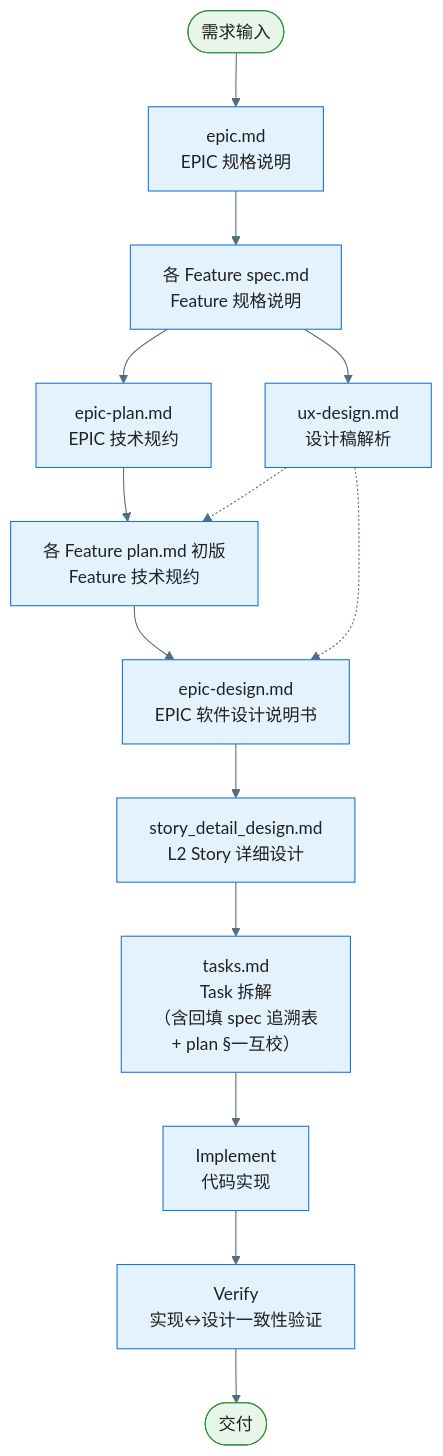
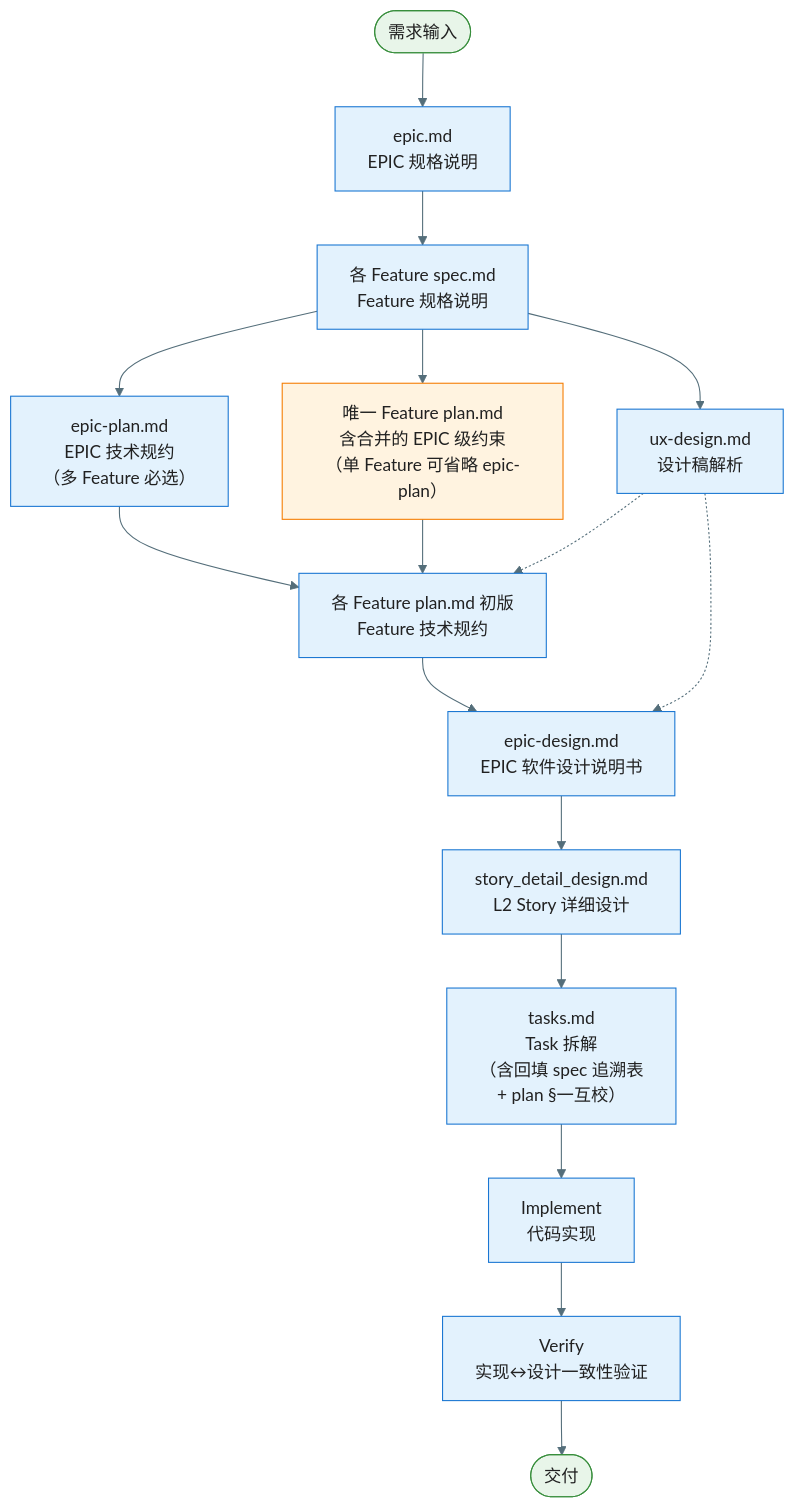
One commit to jackykarma/Verity changed the first of 5 diagrams in .specify/workflow-overview.md. Above: the diagram before and after it, drawn with Mermaid. The commit also changed other lines of this file and 17 other files, not shown here.

````diff
--- a/.specify/workflow-overview.md
+++ b/.specify/workflow-overview.md
@@ -9,28 +9,31 @@
 ```mermaid
 %%{init: {'theme': 'base', 'themeVariables': { 'primaryColor': '#E3F2FD', 'primaryTextColor': '#212121', 'primaryBorderColor': '#1976D2', 'lineColor': '#546E7A'}}}%%
 flowchart TD
     Start([需求输入]) --> EpicMd["epic.md<br/>EPIC 规格说明"]
     EpicMd --> SpecMd["各 Feature spec.md<br/>Feature 规格说明"]
-    SpecMd --> EpicPlan["epic-plan.md<br/>EPIC 技术规约"]
+    SpecMd --> EpicPlan["epic-plan.md<br/>EPIC 技术规约<br/>（多 Feature 必选）"]
+    SpecMd --> PlanSingle["唯一 Feature plan.md<br/>含合并的 EPIC 级约束<br/>（单 Feature 可省略 epic-plan）"]
     SpecMd --> UxDesign["ux-design.md<br/>设计稿解析"]
     EpicPlan --> PlanMd["各 Feature plan.md 初版<br/>Feature 技术规约"]
+    PlanSingle --> PlanMd
     UxDesign -.-> PlanMd
     PlanMd --> EpicDesign["epic-design.md<br/>EPIC 软件设计说明书"]
     UxDesign -.-> EpicDesign
     EpicDesign --> StoryDesign["story_detail_design.md<br/>L2 Story 详细设计"]
     StoryDesign --> TasksMd["tasks.md<br/>Task 拆解<br/>（含回填 spec 追溯表<br/>+ plan §一互校）"]
     TasksMd --> Implement["Implement<br/>代码实现"]
     Implement --> Verify["Verify<br/>实现↔设计一致性验证"]
     Verify --> Done([交付])
 
     style Start fill:#E8F5E9,stroke:#388E3C
     style Done fill:#E8F5E9,stroke:#388E3C
     style EpicMd fill:#E3F2FD,stroke:#1976D2
     style SpecMd fill:#E3F2FD,stroke:#1976D2
     style EpicPlan fill:#E3F2FD,stroke:#1976D2
+    style PlanSingle fill:#FFF3E0,stroke:#F57C00
     style UxDesign fill:#E3F2FD,stroke:#1976D2
     style PlanMd fill:#E3F2FD,stroke:#1976D2
     style EpicDesign fill:#E3F2FD,stroke:#1976D2
     style StoryDesign fill:#E3F2FD,stroke:#1976D2
     style TasksMd fill:#E3F2FD,stroke:#1976D2
 ```
````
